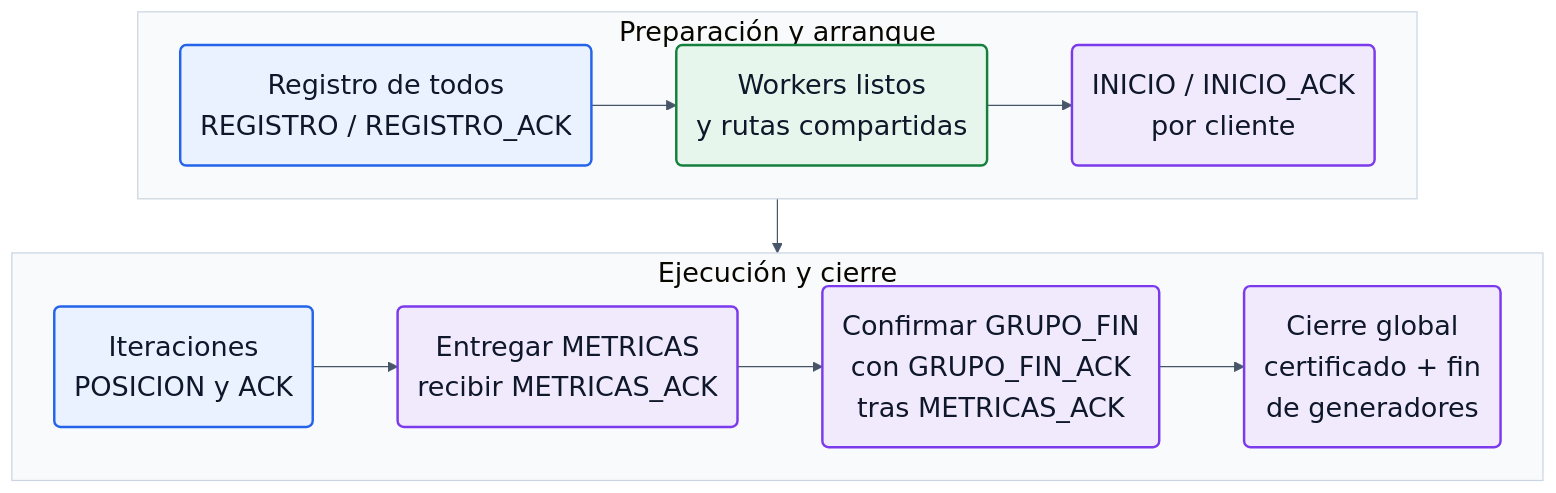
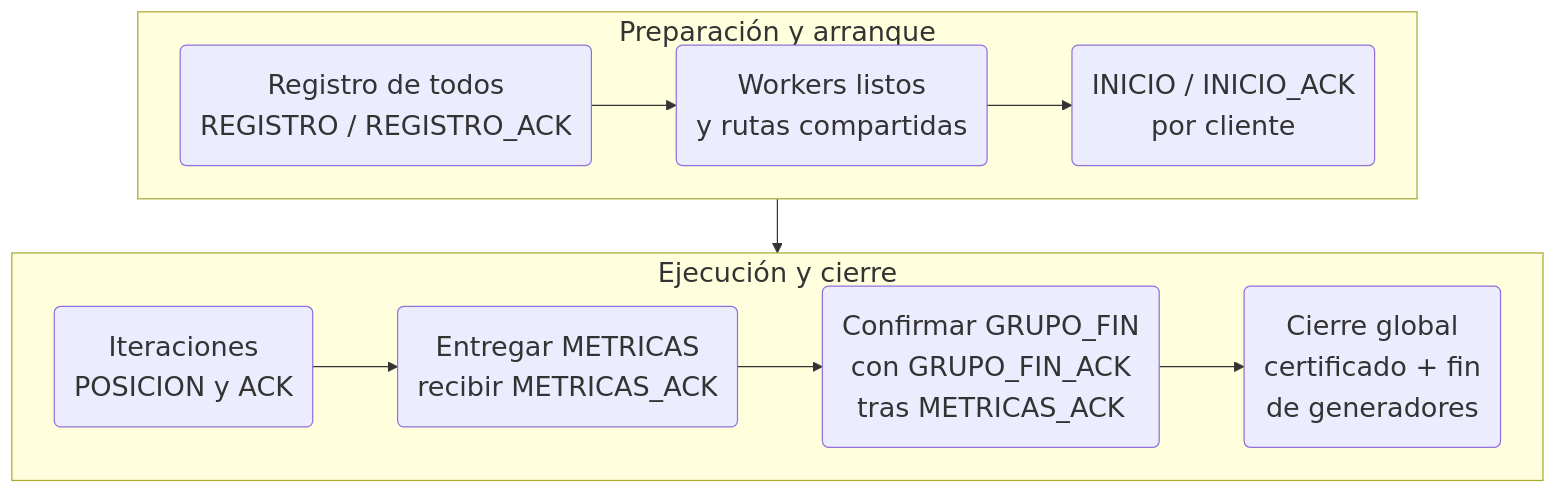
Before and after one commit to Poonns/Universidad: the third of 3 diagrams in 3º/ARC/Proyecto/udp/PROTOCOLO.md, drawn with Mermaid. The commit also changed other lines of this file and 1 other file, not shown here.

````diff
--- a/3º/ARC/Proyecto/udp/PROTOCOLO.md
+++ b/3º/ARC/Proyecto/udp/PROTOCOLO.md
@@ -167,44 +140,33 @@
 ```mermaid
 ---
 config:
-  theme: base
   look: classic
   fontFamily: Arial, sans-serif
   fontSize: 22
   markdownAutoWrap: false
   themeVariables:
     fontFamily: Arial, sans-serif
     fontSize: 22px
-    primaryTextColor: '#0f172a'
-    lineColor: '#475569'
-    clusterBkg: '#f8fafc'
-    clusterBorder: '#cbd5e1'
   flowchart:
     curve: linear
     nodeSpacing: 34
     rankSpacing: 44
     padding: 16
     wrappingWidth: 340
 ---
 flowchart TB
     accTitle: Registro, métricas y finalización coordinada
     accDescr: Se registran todos los clientes y se preparan los workers antes de INICIO. Cada cliente completa sus iteraciones y confirma métricas antes de confirmar GRUPO_FIN; después se coordina el cierre global.
     subgraph P["Preparación y arranque"]
         direction LR
-        R("Registro de todos<br/>REGISTRO / REGISTRO_ACK"):::cliente --> W("Workers listos<br/>y rutas compartidas"):::worker
-        W --> I("INICIO / INICIO_ACK<br/>por cliente"):::control
+        R("Registro de todos<br/>REGISTRO / REGISTRO_ACK") --> W("Workers listos<br/>y rutas compartidas")
+        W --> I("INICIO / INICIO_ACK<br/>por cliente")
     end
     subgraph C["Ejecución y cierre"]
         direction LR
-        D("Iteraciones<br/>POSICION y ACK"):::cliente --> M("Entregar METRICAS<br/>recibir METRICAS_ACK"):::control
-        M --> F("Confirmar GRUPO_FIN<br/>con GRUPO_FIN_ACK<br/>tras METRICAS_ACK"):::control
-        F --> G("Cierre global<br/>certificado + fin<br/>de generadores"):::control
+        D("Iteraciones<br/>POSICION y ACK") --> M("Entregar METRICAS<br/>recibir METRICAS_ACK")
+        M --> F("Confirmar GRUPO_FIN<br/>con GRUPO_FIN_ACK<br/>tras METRICAS_ACK")
+        F --> G("Cierre global<br/>certificado + fin<br/>de generadores")
     end
     P --> C
-    classDef cliente fill:#eaf2ff,stroke:#2563eb,color:#0f172a,stroke-width:2px
-    classDef kernel fill:#fff4da,stroke:#b45309,color:#0f172a,stroke-width:2px
-    classDef worker fill:#e7f6ec,stroke:#15803d,color:#0f172a,stroke-width:2px
-    classDef control fill:#f1eafd,stroke:#7c3aed,color:#0f172a,stroke-width:2px
-    classDef neutro fill:#f1f5f9,stroke:#64748b,color:#0f172a,stroke-width:2px
-    classDef error fill:#fff1f2,stroke:#dc2626,color:#881337,stroke-width:2px
 ```
````
